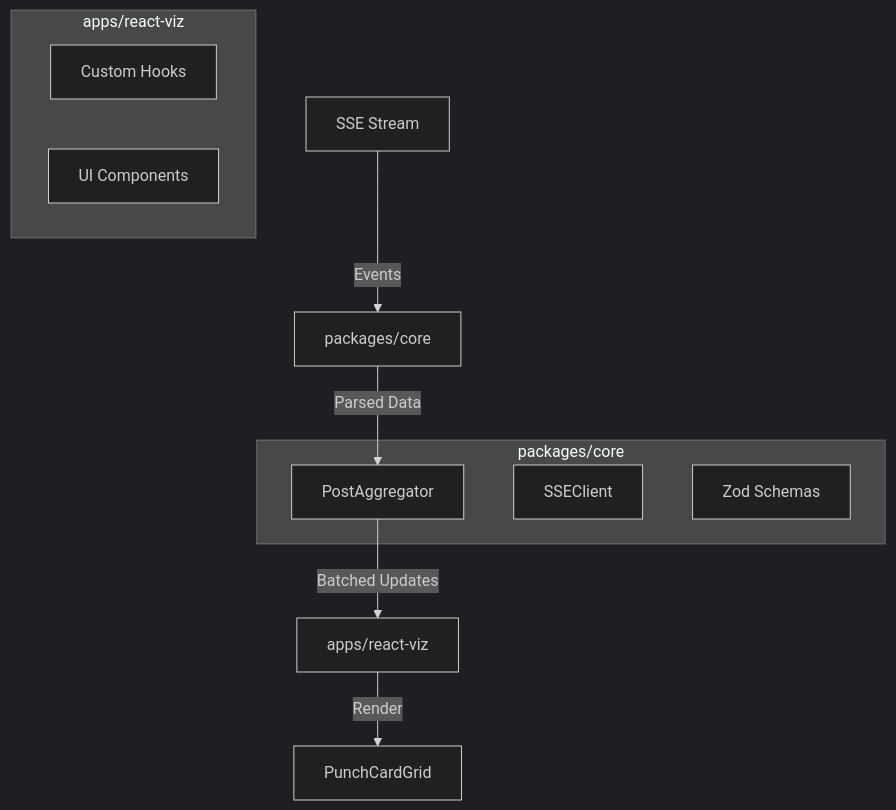
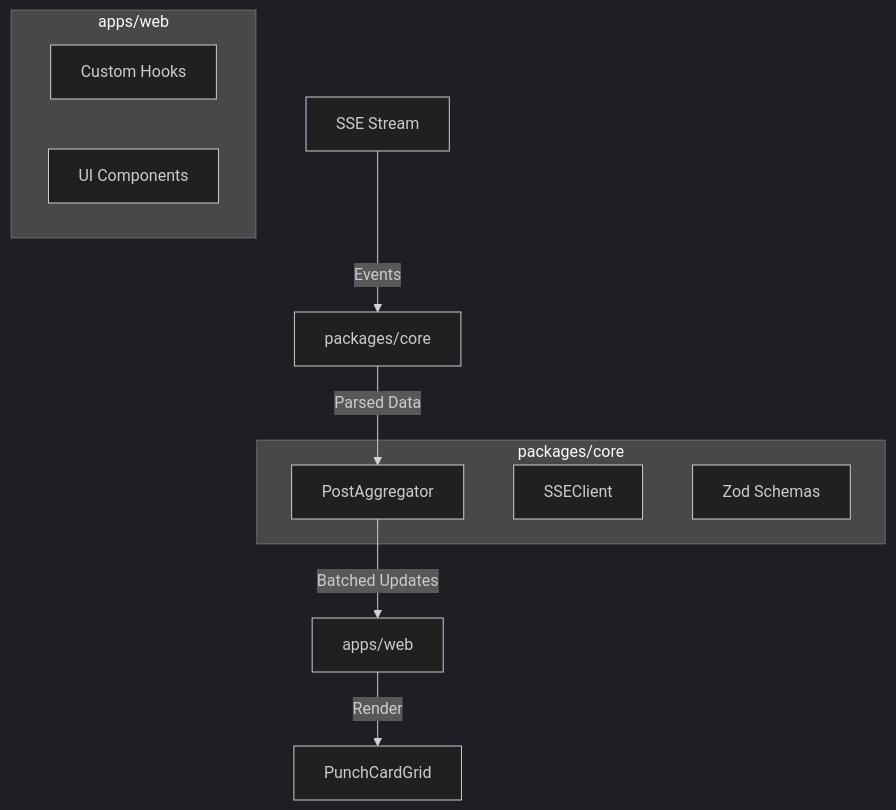
One commit to edouardmisset/upfluence-coding-challenge changed the diagram in README.md. Above: the diagram before and after it, drawn with Mermaid (dark theme). The commit also changed other lines of this file and 3 other files, not shown here.

````diff
--- a/README.md
+++ b/README.md
@@ -23,18 +26,18 @@
 ```mermaid
 graph TD
     SSE[SSE Stream] -->|Events| Core[packages/core]
     Core -->|Parsed Data| Aggregator[PostAggregator]
-    Aggregator -->|Batched Updates| ReactApp[apps/react-viz]
-    ReactApp -->|Render| Grid[PunchCardGrid]
+    Aggregator -->|Batched Updates| WebApp[apps/web]
+    WebApp -->|Render| Grid[PunchCardGrid]
 
     subgraph "packages/core"
         Client[SSEClient]
         Aggregator
         Validators[Zod Schemas]
     end
 
-    subgraph "apps/react-viz"
+    subgraph "apps/web"
         Hooks[Custom Hooks]
         Components[UI Components]
     end
 ```
````
